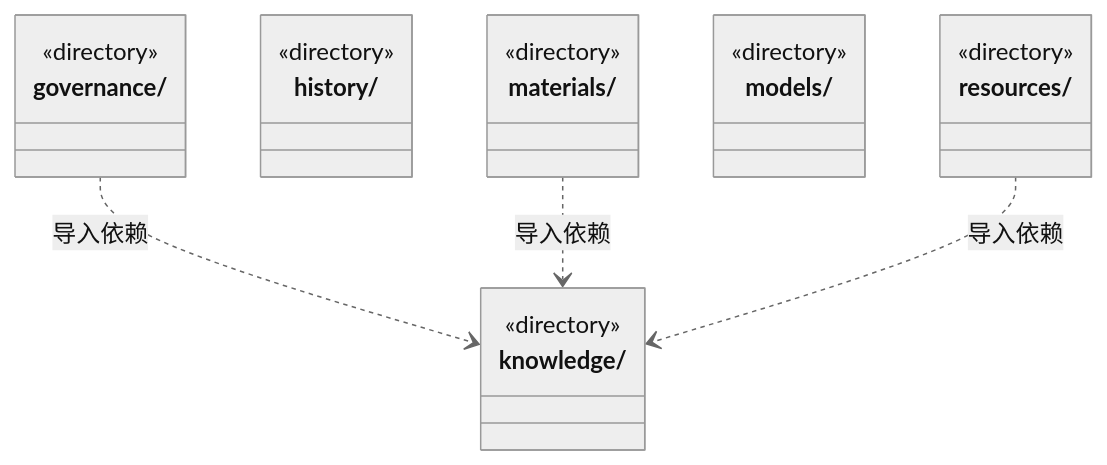
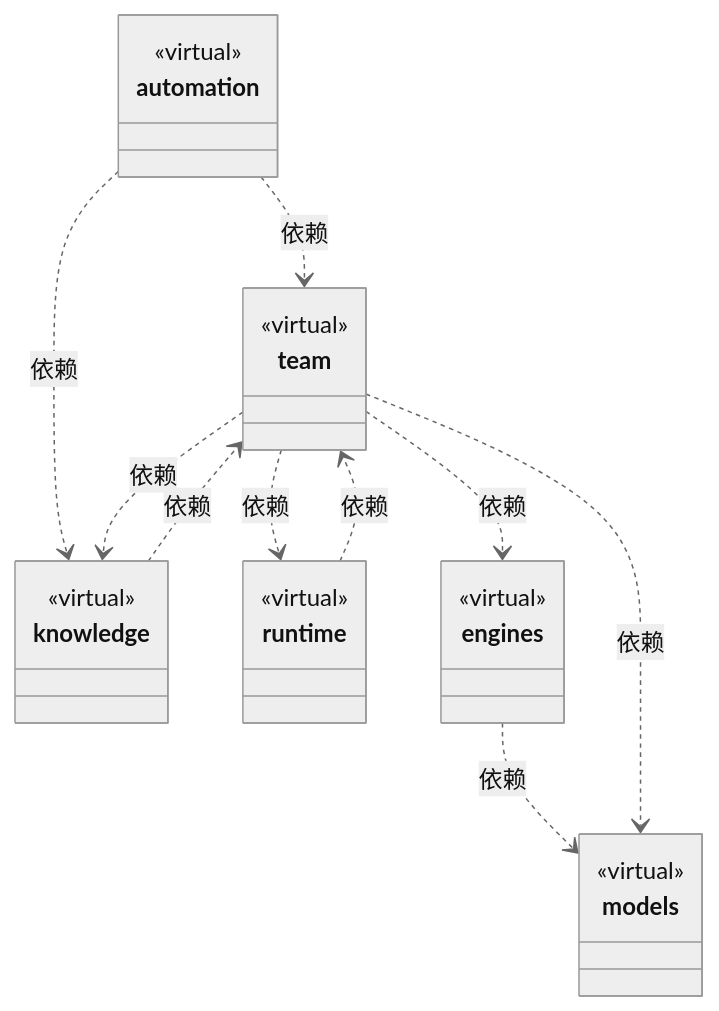
The third of 5 diagrams in src/logic/ARCHITECTURE.md (nan023062/cbim), drawn with Mermaid (neutral theme) before and after one commit. The commit also changed other lines of this file and 158 other files, not shown here.

Commit message:
docs: model architecture through nested virtual encapsulations

````diff
--- a/src/logic/ARCHITECTURE.md
+++ b/src/logic/ARCHITECTURE.md
@@ -918,24 +111,36 @@
 ```mermaid
 classDiagram
-class N_src_logic_governance["governance/"] {
-  <<directory>>
+class N_8cd284e1d834["team"] {
+  <<virtual>>
 }
-class N_src_logic_history["history/"] {
-  <<directory>>
+click N_8cd284e1d834 href "team/ARCHITECTURE.md"
+class N_aea5b8787ded["automation"] {
+  <<virtual>>
 }
-class N_src_logic_knowledge["knowledge/"] {
-  <<directory>>
+click N_aea5b8787ded href "automation/ARCHITECTURE.md"
+class N_6648e4abd154["knowledge"] {
+  <<virtual>>
 }
-class N_src_logic_materials["materials/"] {
-  <<directory>>
+click N_6648e4abd154 href "knowledge/ARCHITECTURE.md"
+class N_b0d1ae7a24f7["runtime"] {
+  <<virtual>>
 }
-class N_src_logic_models["models/"] {
-  <<directory>>
+click N_b0d1ae7a24f7 href "runtime/ARCHITECTURE.md"
+class N_dc98898e0b75["engines"] {
+  <<virtual>>
 }
-class N_src_logic_resources["resources/"] {
-  <<directory>>
+click N_dc98898e0b75 href "engines/ARCHITECTURE.md"
+class N_8b9cf71b2837["models"] {
+  <<virtual>>
 }
-N_src_logic_governance ..> N_src_logic_knowledge : 导入依赖
-N_src_logic_materials ..> N_src_logic_knowledge : 导入依赖
-N_src_logic_resources ..> N_src_logic_knowledge : 导入依赖
+click N_8b9cf71b2837 href "models/ARCHITECTURE.md"
+N_aea5b8787ded ..> N_6648e4abd154 : 依赖
+N_aea5b8787ded ..> N_8cd284e1d834 : 依赖
+N_dc98898e0b75 ..> N_8b9cf71b2837 : 依赖
+N_6648e4abd154 ..> N_8cd284e1d834 : 依赖
+N_b0d1ae7a24f7 ..> N_8cd284e1d834 : 依赖
+N_8cd284e1d834 ..> N_dc98898e0b75 : 依赖
+N_8cd284e1d834 ..> N_6648e4abd154 : 依赖
+N_8cd284e1d834 ..> N_8b9cf71b2837 : 依赖
+N_8cd284e1d834 ..> N_b0d1ae7a24f7 : 依赖
 ```
````
